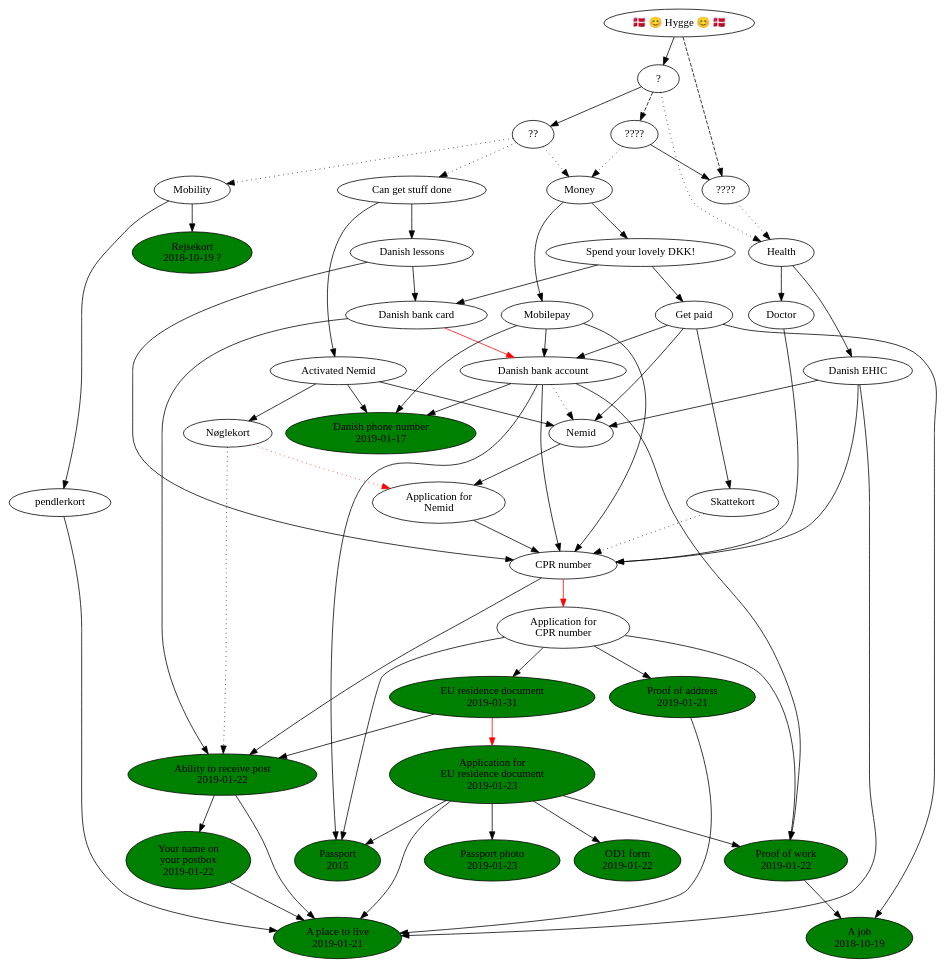
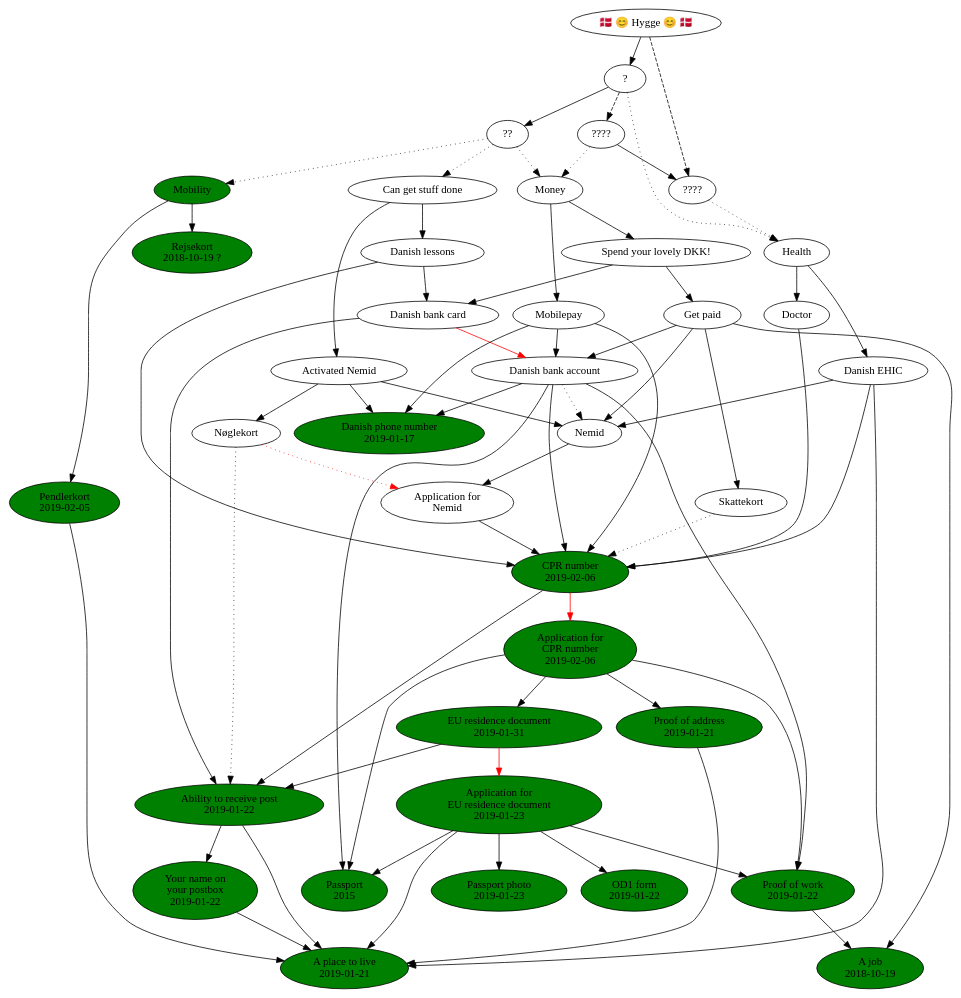
The diagram in flytter-til-danmark.dot (NoahBohme/emigrerer-til-danmark), drawn with Graphviz before and after one commit. The commit also changed 2 other files, not shown here.

Commit message:
Pendlerkort og CPR nummer!

```diff
--- a/flytter-til-danmark.dot
+++ b/flytter-til-danmark.dot
@@ -1,136 +1,136 @@
 digraph g {
   job [ label="A job\n2018-10-19" style=filled fillcolor=green ]
   proof_of_work [ label="Proof of work\n2019-01-22" style=filled fillcolor=green ]
   proof_of_work -> job
 
   passport [ label="Passport\n2015" style=filled fillcolor=green ]
 
   danish_phone_number [ label="Danish phone number\n2019-01-17" style=filled fillcolor=green ]
   rejsekort [ label="Rejsekort\n2018-10-19 ?" style=filled fillcolor=green ]
 
   place_to_live [ label="A place to live\n2019-01-21" style=filled fillcolor=green ]
 
   name_on_postbox [ label="Your name on\nyour postbox\n2019-01-22" style=filled fillcolor=green ]
   name_on_postbox -> place_to_live
 
   can_receive_post [ label="Ability to receive post\n2019-01-22" style=filled fillcolor=green ]
   can_receive_post -> place_to_live
   can_receive_post -> name_on_postbox
 
-  pendlerkort
+  pendlerkort [ label="Pendlerkort\n2019-02-05" style=filled fillcolor=green ]
   pendlerkort -> place_to_live
 
   eu_residence_document_application [ label="Application for\nEU residence document\n2019-01-23" style=filled fillcolor=green ]
   eu_residence_document_application -> place_to_live
   eu_residence_document_application -> proof_of_work
   eu_residence_document_application -> passport
   eu_residence_document_application -> od1_form
   od1_form [ label="OD1 form\n2019-01-22" style=filled fillcolor=green ]
   passport_photo [ label="Passport photo\n2019-01-23" style=filled fillcolor=green ]
   eu_residence_document_application -> passport_photo
 
   eu_residence_document [ label="EU residence document\n2019-01-31" style=filled fillcolor=green ]
   eu_residence_document -> eu_residence_document_application [ color="red" ]
   eu_residence_document -> can_receive_post
 
-  cpr_number_application [ label="Application for\nCPR number" ]
+  cpr_number_application [ label="Application for\nCPR number\n2019-02-06" style=filled fillcolor=green ]
   cpr_number_application -> eu_residence_document
   cpr_number_application -> proof_of_work
   cpr_number_application -> proof_of_address
   cpr_number_application -> passport
 
-  cpr_number [ label="CPR number" ]
+  cpr_number [ label="CPR number\n2019-02-06" style=filled fillcolor=green ]
   cpr_number -> cpr_number_application [ color="red" ]
   cpr_number -> can_receive_post
 
   proof_of_address [ label="Proof of address\n2019-01-21" style=filled fillcolor=green ]
   proof_of_address -> place_to_live
 
   skattekort [ label="Skattekort" ]
   skattekort -> cpr_number [ style="dotted" ]
 
   nemid_application [ label="Application for\nNemid" ]
   nemid_application -> cpr_number
   nemid [ label="Nemid" ]
   nemid -> nemid_application
 
   danish_bank_account [ label="Danish bank account" ]
   danish_bank_account -> cpr_number
   danish_bank_account -> proof_of_work
   danish_bank_account -> nemid [ style="dotted" ]
   danish_bank_account -> passport
   danish_bank_account -> danish_phone_number
 
   activated_nemid [ label="Activated Nemid" ]
   activated_nemid -> nemid
   activated_nemid -> danish_phone_number
   noglekort [ label="Nøglekort" ]
   activated_nemid -> noglekort
   noglekort -> nemid_application [ style="dotted" color="red" ]
   noglekort -> can_receive_post [ style="dotted" ]
 
   ehic [ label="Danish EHIC" ]
   ehic -> cpr_number
   ehic -> nemid
   ehic -> place_to_live
 
   doctor [ label="Doctor" ]
   doctor -> cpr_number
 
   get_paid [ label="Get paid" ]
   get_paid -> job
   get_paid -> skattekort
   get_paid -> danish_bank_account
   get_paid -> nemid
 
   danish_lessions [ label="Danish lessons" ]
   danish_lessions -> cpr_number
   danish_lessions -> danish_bank_card
 
   danish_bank_card [ label="Danish bank card" ]
   danish_bank_card -> danish_bank_account [ color="red" ]
   danish_bank_card -> can_receive_post
 
   spend_lovely_dkk [ label="Spend your lovely DKK!" ]
   spend_lovely_dkk -> get_paid
   spend_lovely_dkk -> danish_bank_card
 
   mobilepay [ label="Mobilepay" ]
   mobilepay -> cpr_number
   mobilepay -> danish_phone_number
   mobilepay -> danish_bank_account
 
   // Det endeligt mål
   hygge [ label="🇩🇰 😊 Hygge 😊 🇩🇰" ]
   // Deliberately vague so as not to imply that (a) hygge has a formula, or
   // (b) it depends on any of the named things
   hygge -> magi4 [ style=dashed ]
   hygge -> magi1
   magi1 [ label="?" ]
   magi4 [ label="????" ]
   magi2 [ label="??" ]
   magi3 [ label="????" ]
   magi3 -> magi4
   magi1 -> magi2
   magi1 -> magi3 [ style=dashed ]
 
   magi1 -> helbred [ style=dotted ]
   magi2 -> penge [ style=dotted ]
 
   magi4 -> helbred [ style=dotted ]
   helbred [ label="Health" ]
   helbred -> doctor
   helbred -> ehic
   magi3 -> penge [ style=dotted ]
   penge [ label="Money" ]
   penge -> spend_lovely_dkk
   penge -> mobilepay
   magi2 -> rejser [ style=dotted ]
-  rejser [ label="Mobility" ]
+  rejser [ label="Mobility" style=filled fillcolor=green ]
   rejser -> pendlerkort
   rejser -> rejsekort
   magi2 -> faa_ting_gjort [ style=dotted ]
   faa_ting_gjort [ label="Can get stuff done" ]
   faa_ting_gjort -> activated_nemid
   faa_ting_gjort -> danish_lessions
 }
```
